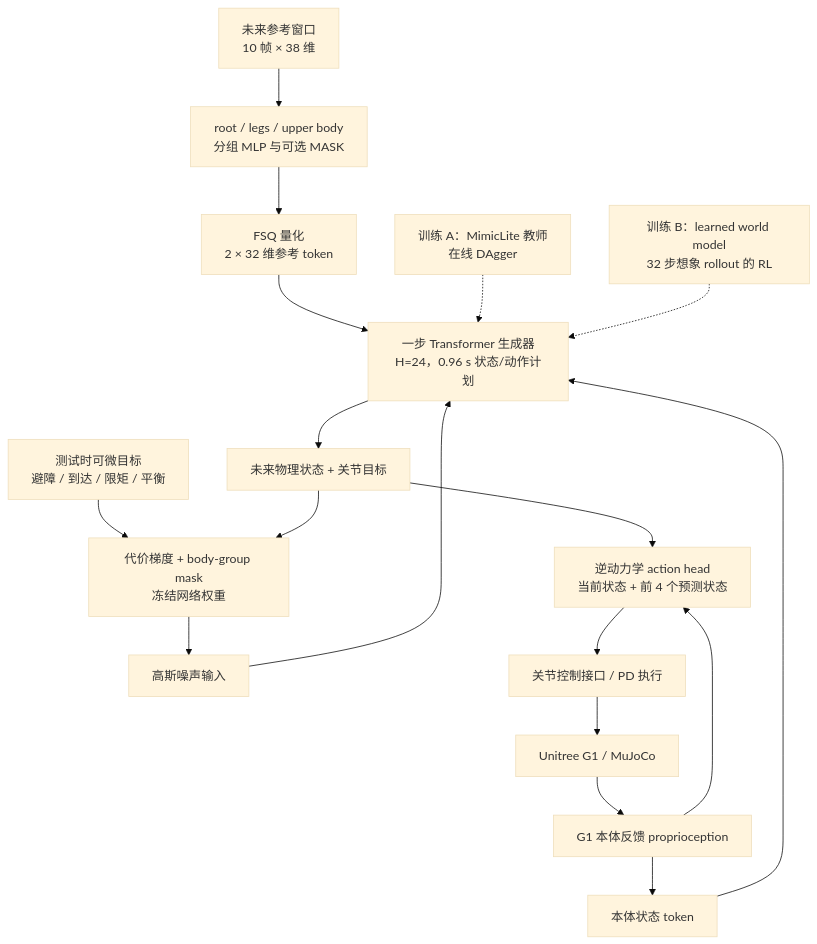
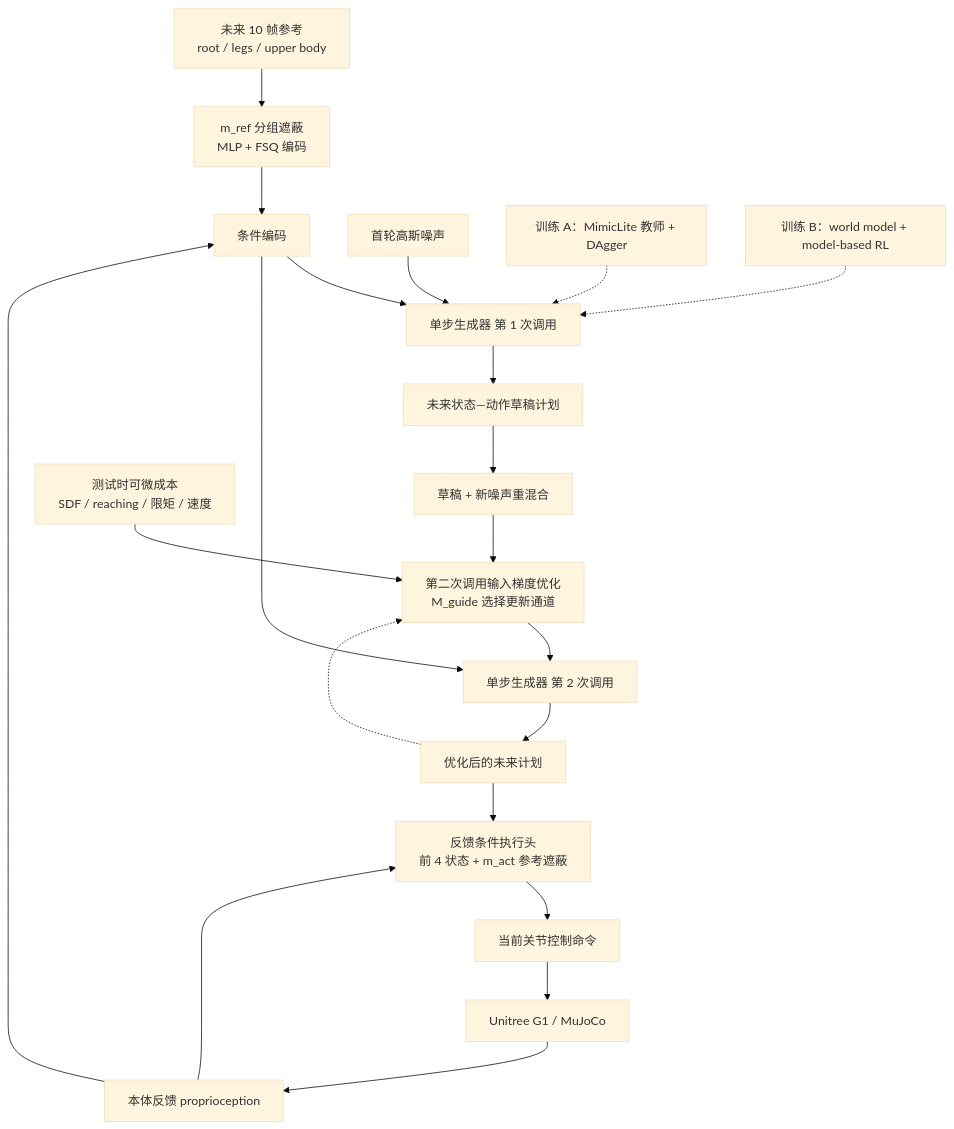
The diagram in wiki/entities/paper-diffwbc.md (ImChong/Robotics_Notebooks), drawn with Mermaid (base theme) before and after one commit. The commit also changed other lines of this file, not shown here.

````diff
--- a/wiki/entities/paper-diffwbc.md
+++ b/wiki/entities/paper-diffwbc.md
@@ -93,20 +86,23 @@
 ```mermaid
 flowchart TD
-    ref["未来参考窗口<br/>10 帧 × 38 维"] --> groups["root / legs / upper body<br/>分组 MLP 与可选 MASK"]
-    groups --> fsq["FSQ 量化<br/>2 × 32 维参考 token"]
-    obs["G1 本体反馈 proprioception"] --> encoder["本体状态 token"]
-    fsq --> gen["一步 Transformer 生成器<br/>H=24，0.96 s 状态/动作计划"]
-    encoder --> gen
-    noise["高斯噪声输入"] --> gen
-    gen --> plans["未来物理状态 + 关节目标"]
-    plans --> head["逆动力学 action head<br/>当前状态 + 前 4 个预测状态"]
+    ref["未来 10 帧参考<br/>root / legs / upper body"] --> refmask["m_ref 分组遮蔽<br/>MLP + FSQ 编码"]
+    obs["本体反馈 proprioception"] --> cond["条件编码"]
+    refmask --> cond
+    noise["首轮高斯噪声"] --> gen1["单步生成器 第 1 次调用"]
+    cond --> gen1
+    gen1 --> draft["未来状态—动作草稿计划"]
+    draft --> remixed["草稿 + 新噪声重混合"]
+    cost["测试时可微成本<br/>SDF / reaching / 限矩 / 速度"] --> refine["第二次调用输入梯度优化<br/>M_guide 选择更新通道"]
+    remixed --> refine
+    cond --> gen2["单步生成器 第 2 次调用"]
+    refine --> gen2
+    gen2 --> plan["优化后的未来计划"]
+    plan -.-> refine
+    plan --> head["反馈条件执行头<br/>前 4 状态 + m_act 参考遮蔽"]
     obs --> head
-    head --> pd["关节控制接口 / PD 执行"]
-    pd --> robot["Unitree G1 / MuJoCo"]
+    head --> cmd["当前关节控制命令"]
+    cmd --> robot["Unitree G1 / MuJoCo"]
     robot --> obs
-    cost["测试时可微目标<br/>避障 / 到达 / 限矩 / 平衡"] --> grad["代价梯度 + body-group mask<br/>冻结网络权重"]
-    plans --> grad
-    grad --> noise
-    teacher["训练 A：MimicLite 教师<br/>在线 DAgger"] -.-> gen
-    mbrl["训练 B：learned world model<br/>32 步想象 rollout 的 RL"] -.-> gen
+    teacher["训练 A：MimicLite 教师 + DAgger"] -.-> gen1
+    mbrl["训练 B：world model + model-based RL"] -.-> gen1
 ```
````
